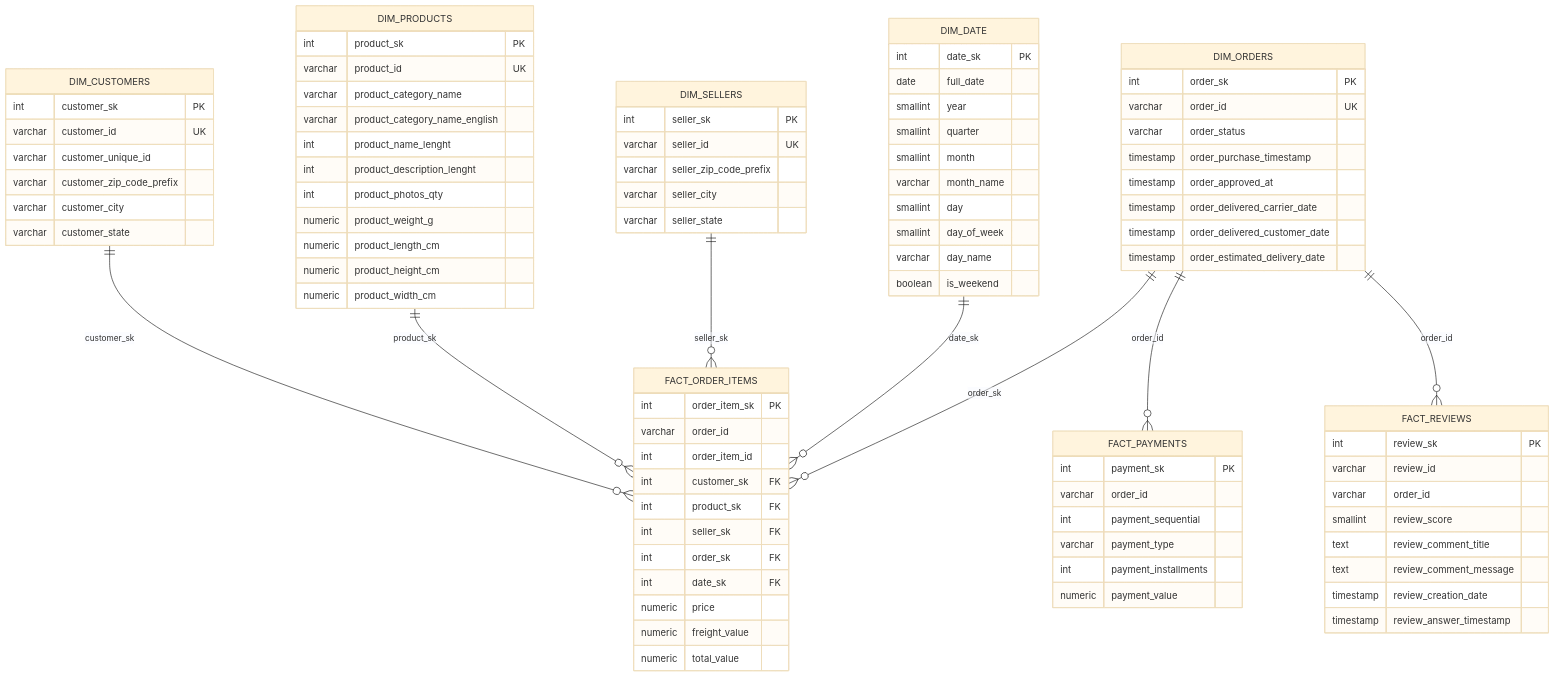
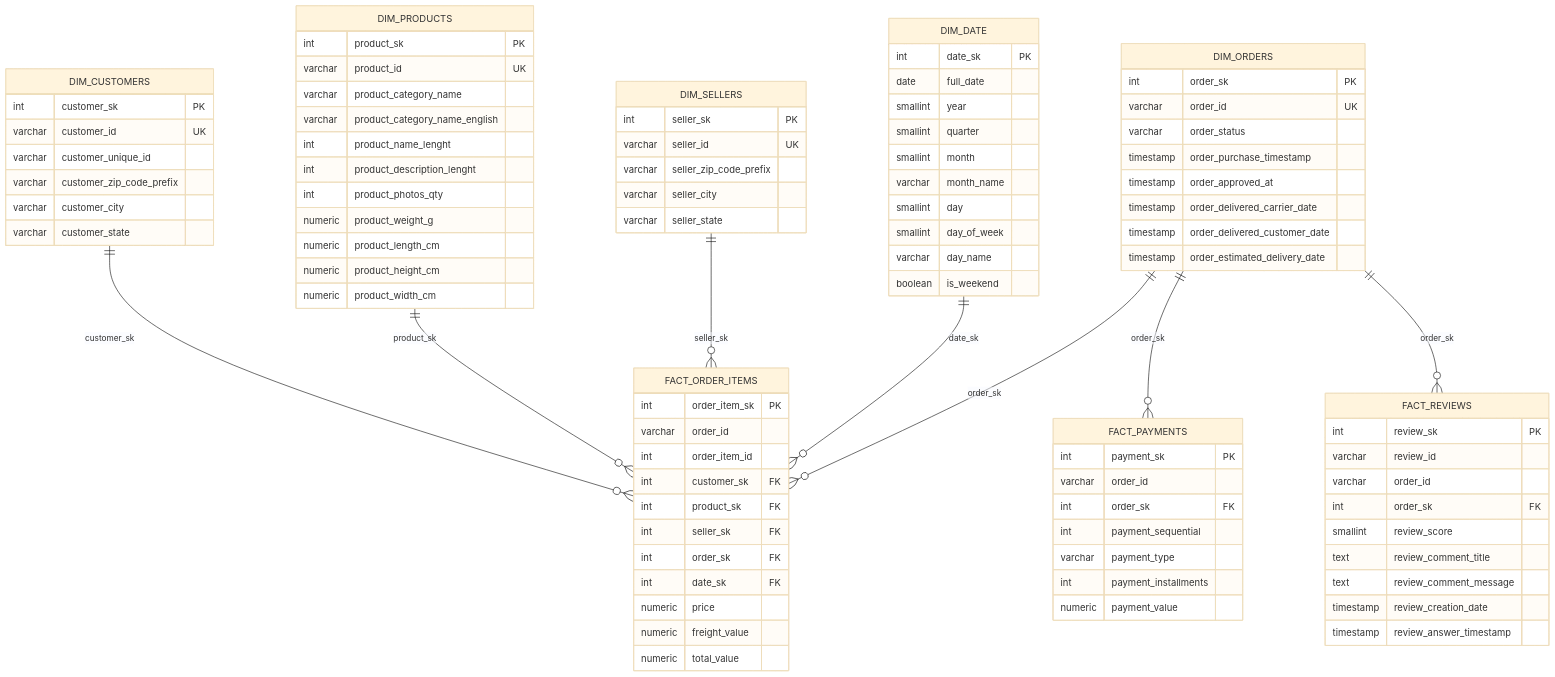
Before and after one commit to KevinAstudillo/Modulo-4-Olist-e2e-data-pipeline-in-AWS: the fourth of 10 diagrams in README.md, drawn with Mermaid (base theme). The commit also changed other lines of this file, not shown here.

First line of the commit message:
docs(readme): update ERD, design decisions, and view documentation

````diff
--- a/README.md
+++ b/README.md
@@ -229,6 +229,7 @@
     FACT_PAYMENTS {
         int     payment_sk           PK
         varchar order_id
+        int     order_sk             FK
         int     payment_sequential
         varchar payment_type
         int     payment_installments
@@ -238,6 +239,7 @@
         int       review_sk               PK
         varchar   review_id
         varchar   order_id
+        int       order_sk                FK
         smallint  review_score
         text      review_comment_title
         text      review_comment_message
@@ -250,6 +252,6 @@
     DIM_SELLERS    ||--o{ FACT_ORDER_ITEMS : "seller_sk"
     DIM_ORDERS     ||--o{ FACT_ORDER_ITEMS : "order_sk"
     DIM_DATE       ||--o{ FACT_ORDER_ITEMS : "date_sk"
-    DIM_ORDERS     ||--o{ FACT_PAYMENTS    : "order_id"
-    DIM_ORDERS     ||--o{ FACT_REVIEWS     : "order_id"
+    DIM_ORDERS     ||--o{ FACT_PAYMENTS    : "order_sk"
+    DIM_ORDERS     ||--o{ FACT_REVIEWS     : "order_sk"
 ```
````
